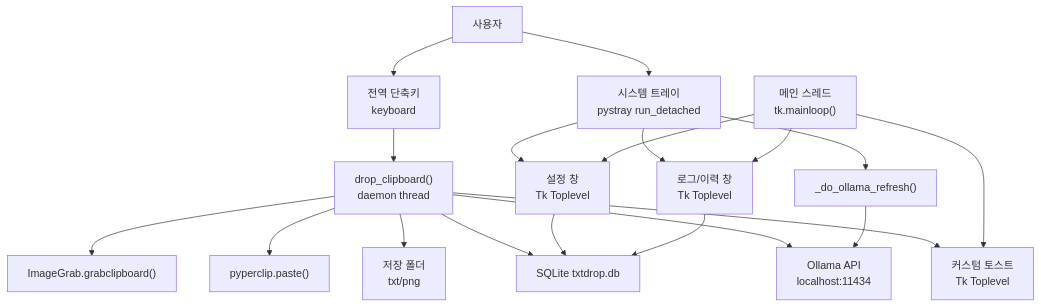
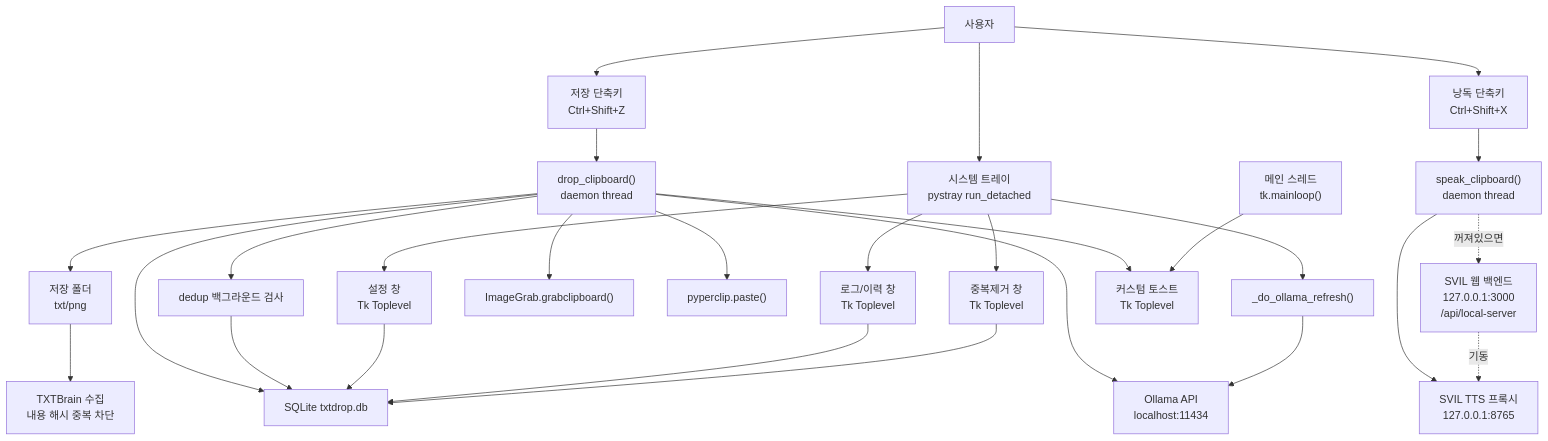
One commit to kuroicode-beep/TXTDrop changed the diagram in docs/outline-wiki/txtdrop-architecture.md. Above: the diagram before and after it, drawn with Mermaid. The commit also changed other lines of this file and 5 other files, not shown here.

````diff
--- a/docs/outline-wiki/txtdrop-architecture.md
+++ b/docs/outline-wiki/txtdrop-architecture.md
@@ -12,21 +11,29 @@
 ```mermaid
 flowchart TD
-  User["사용자"] --> Hotkey["전역 단축키<br/>keyboard"]
+  User["사용자"] --> Hotkey["저장 단축키<br/>Ctrl+Shift+Z"]
+  User --> HotkeyTts["낭독 단축키<br/>Ctrl+Shift+X"]
   User --> Tray["시스템 트레이<br/>pystray run_detached"]
   Hotkey --> Drop["drop_clipboard()<br/>daemon thread"]
+  HotkeyTts --> Speak["speak_clipboard()<br/>daemon thread"]
   Tray --> Settings["설정 창<br/>Tk Toplevel"]
   Tray --> LogWindow["로그/이력 창<br/>Tk Toplevel"]
+  Tray --> DedupWindow["중복제거 창<br/>Tk Toplevel"]
   Tray --> OllamaRefresh["_do_ollama_refresh()"]
   Drop --> ImageGrab["ImageGrab.grabclipboard()"]
   Drop --> TextGrab["pyperclip.paste()"]
   Drop --> FileSystem["저장 폴더<br/>txt/png"]
   Drop --> Config["SQLite txtdrop.db"]
   Drop --> Ollama["Ollama API<br/>localhost:11434"]
+  Drop --> Dedup["dedup 백그라운드 검사"]
+  Dedup --> Config
+  Speak --> Tts["SVIL TTS 프록시<br/>127.0.0.1:8765"]
+  Speak -.꺼져있으면.-> WebBackend["SVIL 웹 백엔드<br/>127.0.0.1:3000<br/>/api/local-server"]
+  WebBackend -.기동.-> Tts
+  FileSystem --> TxtBrain["TXTBrain 수집<br/>내용 해시 중복 차단"]
   Drop --> Toast["커스텀 토스트<br/>Tk Toplevel"]
   Settings --> Config
   LogWindow --> Config
+  DedupWindow --> Config
   OllamaRefresh --> Ollama
   MainThread["메인 스레드<br/>tk.mainloop()"] --> Toast
-  MainThread --> Settings
-  MainThread --> LogWindow
 ```
````
